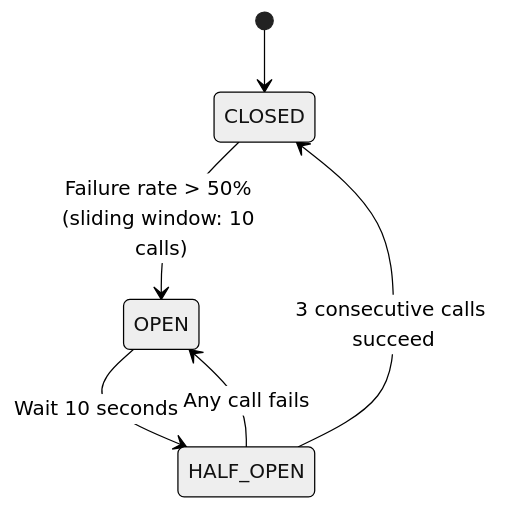
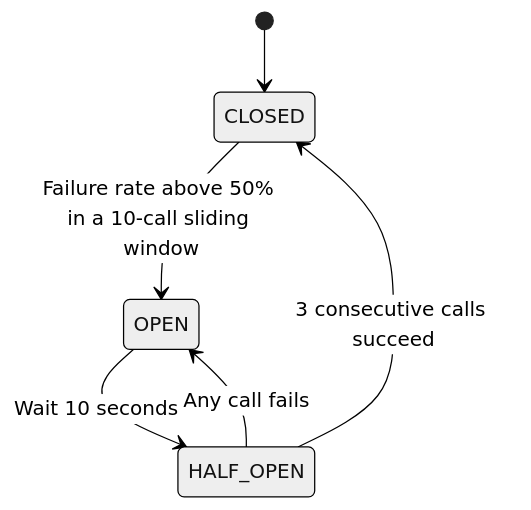
One commit to sergio11/training_platform_poc_spring_microservices changed the fifth of 7 diagrams in README.md. Above: the diagram before and after it, drawn with Mermaid (neutral theme). The commit also changed other lines of this file and 1 other file, not shown here.

````diff
--- a/README.md
+++ b/README.md
@@ -337,8 +315,8 @@
 ```mermaid
 stateDiagram-v2
     [*] --> CLOSED
-    CLOSED --> OPEN: Failure rate > 50% (sliding window: 10 calls)
+    CLOSED --> OPEN: Failure rate above 50% in a 10-call sliding window
     OPEN --> HALF_OPEN: Wait 10 seconds
     HALF_OPEN --> CLOSED: 3 consecutive calls succeed
     HALF_OPEN --> OPEN: Any call fails
 ```
````
